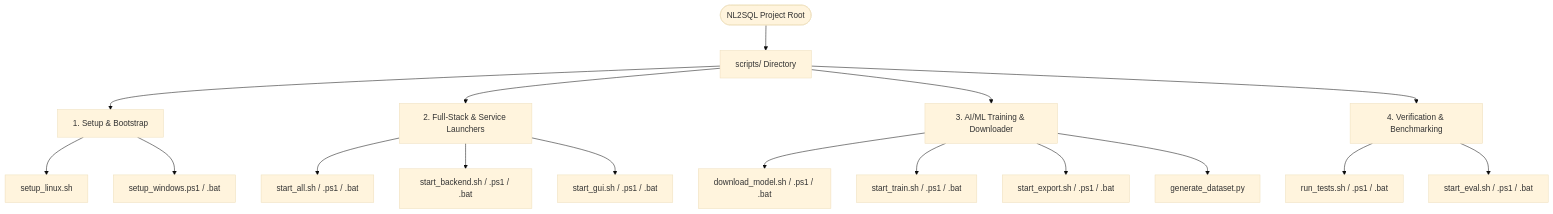
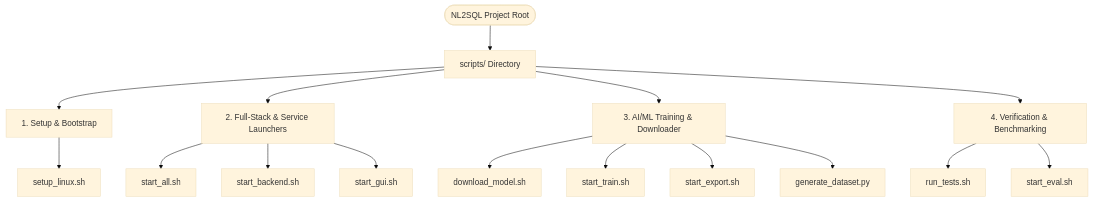
The diagram in scripts/README.md (VanshikaKritiSingh/NL2SQL), drawn with Mermaid (base theme) before and after one commit. The commit also changed other lines of this file and 36 other files, not shown here.

First line of the commit message:
feat(ai,gui,engine): add semantic architecture synthesis, refusal defense, and PEFT field models

````diff
--- a/scripts/README.md
+++ b/scripts/README.md
@@ -31,24 +28,23 @@
 ```mermaid
 flowchart TD
     ROOT([NL2SQL Project Root]) --> SCRIPTS[scripts/ Directory]
 
     SCRIPTS --> SETUP[1. Setup & Bootstrap]
     SCRIPTS --> RUNNERS[2. Full-Stack & Service Launchers]
     SCRIPTS --> ML[3. AI/ML Training & Downloader]
     SCRIPTS --> TESTS[4. Verification & Benchmarking]
 
     SETUP --> S1[setup_linux.sh]
-    SETUP --> S2[setup_windows.ps1 / .bat]
 
-    RUNNERS --> R1[start_all.sh / .ps1 / .bat]
-    RUNNERS --> R2[start_backend.sh / .ps1 / .bat]
-    RUNNERS --> R3[start_gui.sh / .ps1 / .bat]
+    RUNNERS --> R1[start_all.sh]
+    RUNNERS --> R2[start_backend.sh]
+    RUNNERS --> R3[start_gui.sh]
 
-    ML --> M1[download_model.sh / .ps1 / .bat]
-    ML --> M2[start_train.sh / .ps1 / .bat]
-    ML --> M3[start_export.sh / .ps1 / .bat]
+    ML --> M1[download_model.sh]
+    ML --> M2[start_train.sh]
+    ML --> M3[start_export.sh]
     ML --> M4[generate_dataset.py]
 
-    TESTS --> T1[run_tests.sh / .ps1 / .bat]
-    TESTS --> T2[start_eval.sh / .ps1 / .bat]
+    TESTS --> T1[run_tests.sh]
+    TESTS --> T2[start_eval.sh]
 ```
````
